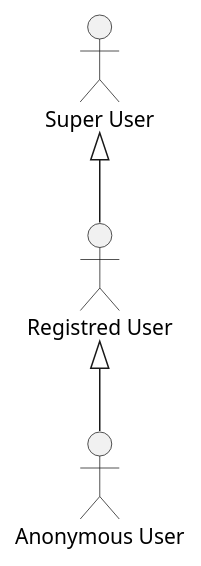
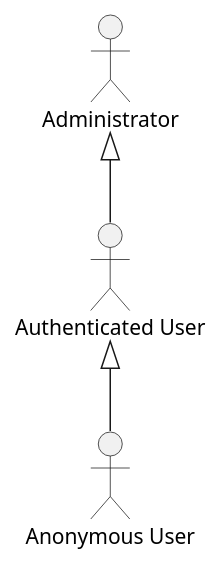
The diagram in src/assets/diagram/actors.plantuml (smolijar/gitwiki-thesis), drawn with PlantUML before and after one commit. The commit also changed 11 other files, not shown here.

```diff
--- a/src/assets/diagram/actors.plantuml
+++ b/src/assets/diagram/actors.plantuml
@@ -1,9 +1,9 @@
 @startuml
 skinparam packageStyle rectangle
-actor "Registred User" as usr
+actor "Authenticated User" as usr
 actor "Anonymous User" as ausr
-actor "Super User" as susr
+actor "Administrator" as susr
 
 susr <|-- usr
 usr <|-- ausr
 @enduml
```
